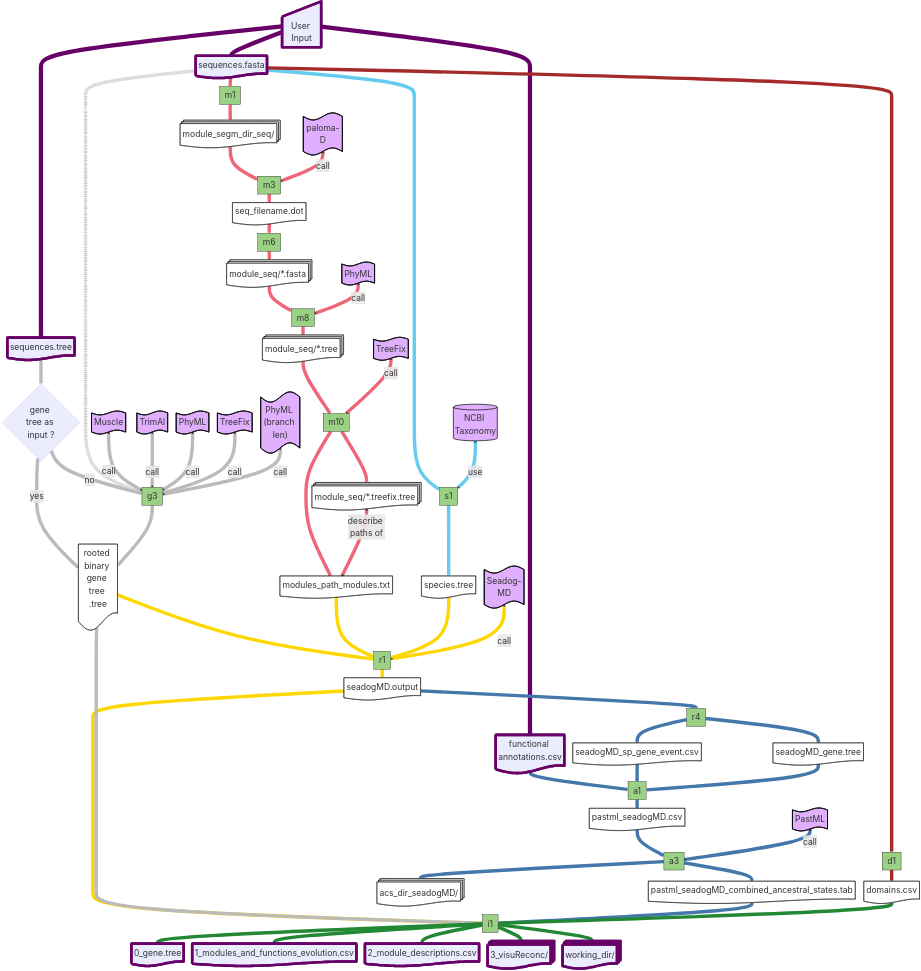
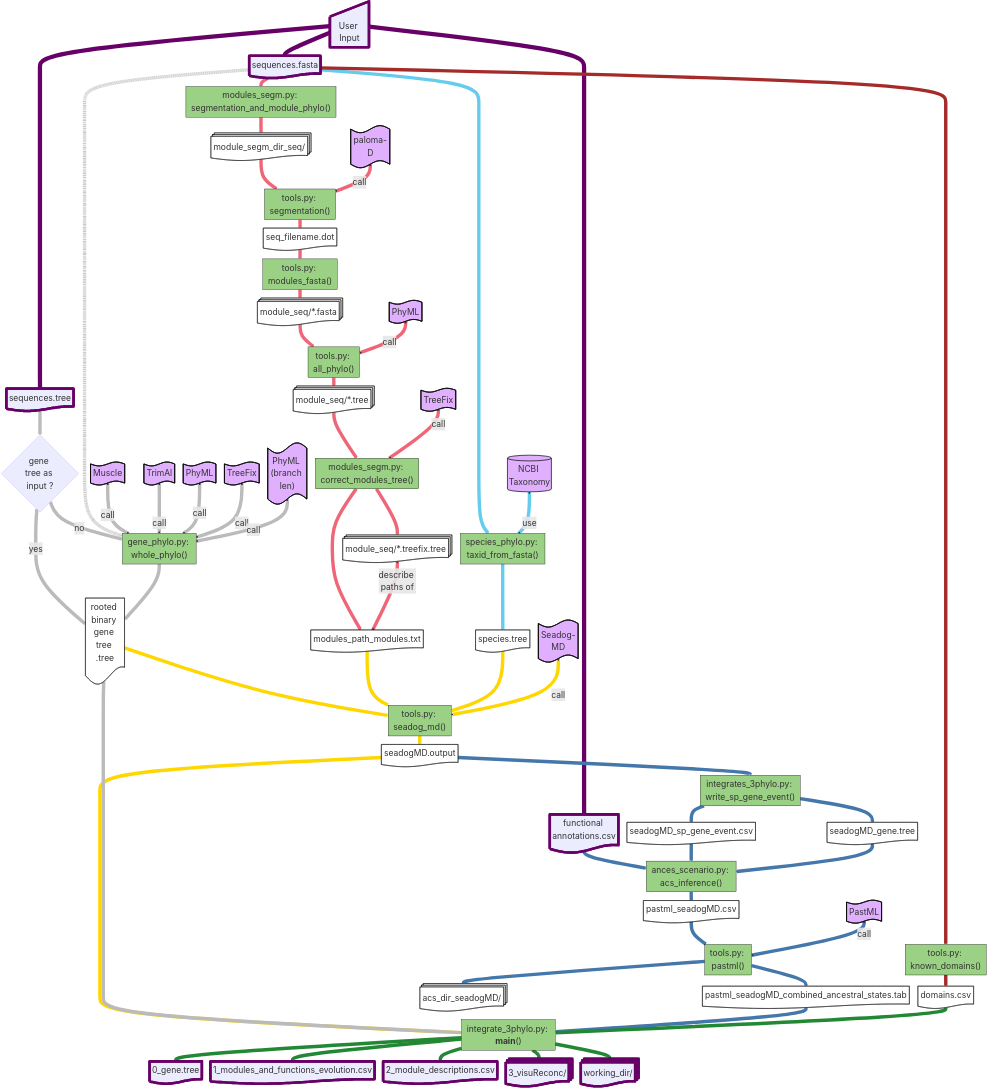
Before and after one commit to OcMalde/fuse-phylotree: the first of 2 diagrams in README.md, drawn with Mermaid.

```diff
--- a/README.md
+++ b/README.md
@@ -33,17 +33,17 @@
 U --> B
 U --> C
 
-A@{ shape: doc, label: "sequences.fasta" } --> m1@{label:"modules_segm.py: segmentation_and_module_phylo()"}
+A@{ shape: doc, label: "sequences.fasta" } --> m1@{ shape: rectangle, label: "modules_segm.py: segmentation_and_module_phylo()"}
 m1 --> m2@{ shape: docs, label: "module_segm_dir_seq/" }
-m2 --> m3@{tools.py: segmentation()}
+m2 --> m3@{ shape: rectangle, label: "tools.py: segmentation()"}
 m5@{ shape: flag, label: "paloma-D" } o--o|call| m3
 m3 --> m4@{ shape: doc, label: "seq_filename.dot" }
-m4 --> m6@{tools.py: modules_fasta()}
+m4 --> m6@{ shape: rectangle, label: "tools.py: modules_fasta()"}
 m6 --> m7@{ shape: docs, label: "module_seq/*.fasta" }
-m7 --> m8@{tools.py: all_phylo()}
+m7 --> m8@{ shape: rectangle, label: "tools.py: all_phylo()"}
 m9@{ shape: flag, label: "PhyML" } o--o|call| m8
 m8 --> m12@{ shape: docs, label: "module_seq/*.tree" }
-m12 --> m10@{modules_segm.py: correct_modules_tree()}
+m12 --> m10@{ shape: rectangle, label: "modules_segm.py: correct_modules_tree()"}
 m11@{ shape: flag, label: "TreeFix" } o--o|call| m10
 m10 --> m13@{ shape: docs, label: "module_seq/*.treefix.tree" }
 m10 --> m14@{ shape: doc, label: "modules_path_modules.txt" }
@@ -51,7 +51,7 @@
 
 B@{ shape: doc, label: "sequences.tree" } --> g1{gene tree as input ?}
 g1 -->|yes| g2@{ shape: doc, label: "rooted binary gene tree .tree" }
-g1 -->|no| g3@{gene_phylo.py: whole_phylo()}
+g1 -->|no| g3@{ shape: rectangle, label: "gene_phylo.py: whole_phylo()"}
 A -.-> g3
 g4@{ shape: flag, label: "Muscle" } o--o|call| g3
 g5@{ shape: flag, label: "TrimAl" } o--o|call| g3
@@ -60,32 +60,32 @@
 g8@{ shape: flag, label: "PhyML (branch len)" } o--o|call| g3
 g3 --> g2
 
-A --> s1@{species_phylo.py: taxid_from_fasta()}
+A --> s1@{ shape: rectangle, label: "species_phylo.py: taxid_from_fasta()"}
 s2@{ shape: cyl, label: "NCBI Taxonomy" } o--o|use| s1
 s1 --> s3@{ shape: doc, label: "species.tree" }
 
-A --> d1@{tools.py: known_domains()}
+A --> d1@{ shape: rectangle, label: "tools.py: known_domains()"}
 d1 --> d2@{ shape: doc, label: "domains.csv" }
 
-g2 --> r1@{tools.py: seadog_md()}
+g2 --> r1@{ shape: rectangle, label: "tools.py: seadog_md()"}
 m14 --> r1
 s3 --> r1
 r2@{ shape: flag, label: "Seadog-MD" } o--o|call| r1
 r1 --> r3@{ shape: doc, label: "seadogMD.output" }
-r3 --> r4@{integrates_3phylo.py: write_sp_gene_event()}
+r3 --> r4@{ shape: rectangle, label: "integrates_3phylo.py: write_sp_gene_event()"}
 r4 --> r5@{ shape: doc, label: "seadogMD_sp_gene_event.csv" }
 r4 --> r6@{ shape: doc, label: "seadogMD_gene.tree" }
 
-C@{ shape: doc, label: "functional annotations.csv" } --> a1@{ances_scenario.py: acs_inference()}
+C@{ shape: doc, label: "functional annotations.csv" } --> a1@{ shape: rectangle, label: "ances_scenario.py: acs_inference()"}
 r5 --> a1
 r6 --> a1
 a1 --> a2@{ shape: doc, label: "pastml_seadogMD.csv" }
-a2 --> a3@{tools.py: pastml()}
+a2 --> a3@{ shape: rectangle, label: "tools.py: pastml()"}
 a4@{ shape: flag, label: "PastML" } o--o|call| a3
 a3 --> a5@{ shape: doc, label: "pastml_seadogMD_combined_ancestral_states.tab" }
 a3 --> a6@{ shape: docs, label: "acs_dir_seadogMD/" }
 
-r3 --> i1@{integrate_3phylo.py: __main__()}
+r3 --> i1@{ shape: rectangle, label: "integrate_3phylo.py: __main__()"}
 g2 --> i1
 a5 --> i1
 d2 --> i1
```
